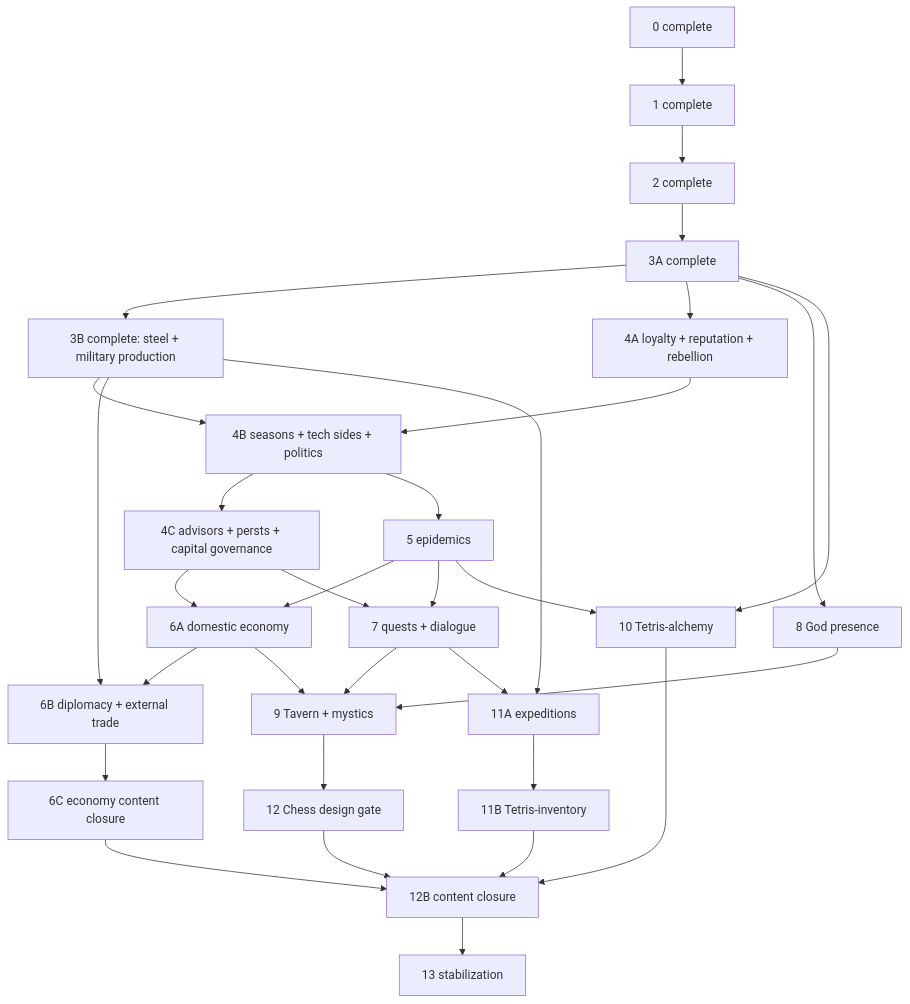
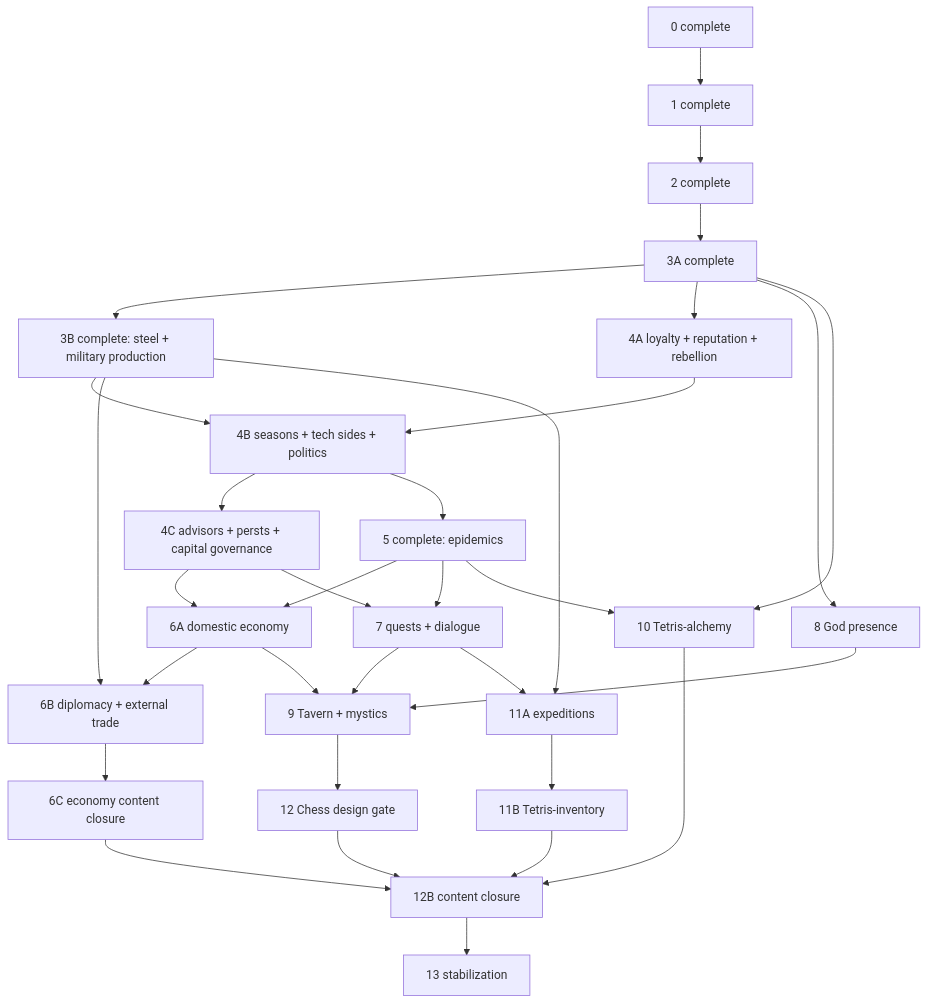
Before and after one commit to akulihin/King-of-the-Garbage-Hill: the diagram in plans/empires-endgame/README.md, drawn with Mermaid. The commit also changed other lines of this file and 52 other files, not shown here.

````diff
--- a/plans/empires-endgame/README.md
+++ b/plans/empires-endgame/README.md
@@ -60,34 +64,34 @@
 ```mermaid
 graph TD
   P0[0 complete] --> P1[1 complete]
   P1 --> P2[2 complete]
   P2 --> P3A[3A complete]
   P3A --> P3B[3B complete: steel + military production]
   P3A --> P4A[4A loyalty + reputation + rebellion]
   P3B --> P4B[4B seasons + tech sides + politics]
   P4A --> P4B
   P4B --> P4C[4C advisors + persts + capital governance]
-  P4B --> P5[5 epidemics]
+  P4B --> P5[5 complete: epidemics]
   P4C --> P6A[6A domestic economy]
   P5 --> P6A
   P3B --> P6B[6B diplomacy + external trade]
   P6A --> P6B
   P6B --> P6C[6C economy content closure]
   P5 --> P7[7 quests + dialogue]
   P4C --> P7
   P3A --> P8[8 God presence]
   P6A --> P9[9 Tavern + mystics]
   P7 --> P9
   P8 --> P9
   P3A --> P10[10 Tetris-alchemy]
   P5 --> P10
   P3B --> P11A[11A expeditions]
   P7 --> P11A
   P11A --> P11B[11B Tetris-inventory]
   P9 --> P12[12 Chess design gate]
   P6C --> P12B[12B content closure]
   P10 --> P12B
   P11B --> P12B
   P12 --> P12B
   P12B --> P13[13 stabilization]
 ```
````
